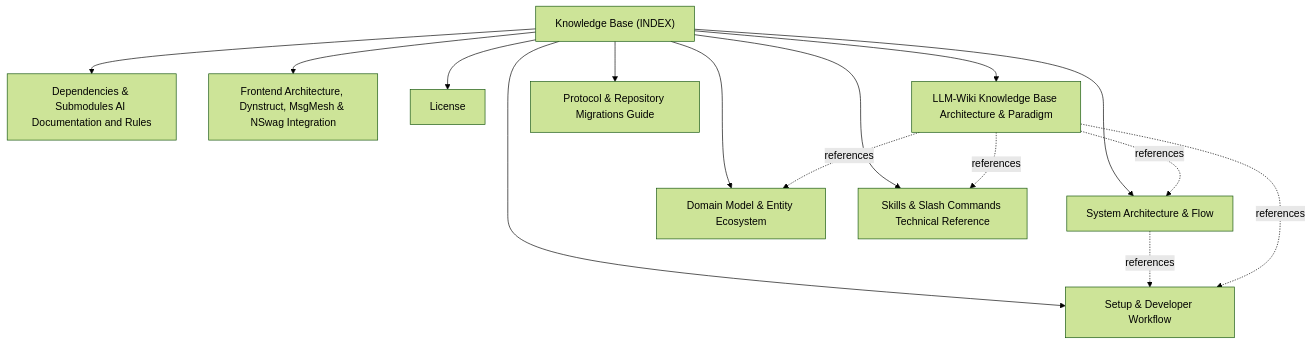
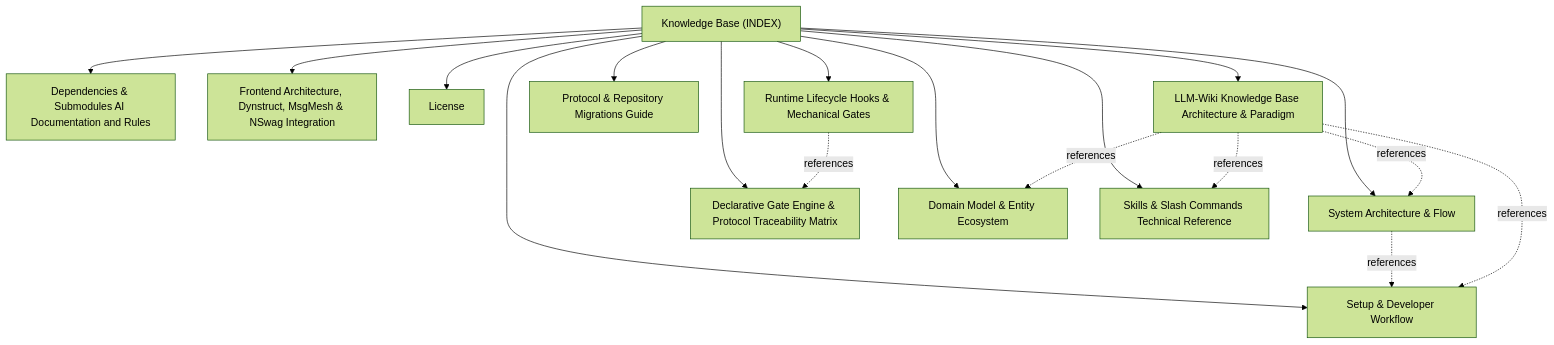
One commit to actdim/along changed the diagram in docs/INDEX.md. Above: the diagram before and after it, drawn with Mermaid (forest theme). The commit also changed other lines of this file and 133 other files, not shown here.

Commit message:
feat: implement declarative gate engine and protocol traceability matrix [feat--declarative-gates-and-protocol-traceability]

````diff
--- a/docs/INDEX.md
+++ b/docs/INDEX.md
@@ -17,27 +17,32 @@
 ```mermaid
 flowchart TD
     INDEX["Knowledge Base (INDEX)"]
     T_ARCHITECTURE["System Architecture & Flow"]
     INDEX --> T_ARCHITECTURE
+    T_DECLARATIVE_GATES_AND_TRACEABILITY["Declarative Gate Engine & Protocol Traceability Matrix"]
+    INDEX --> T_DECLARATIVE_GATES_AND_TRACEABILITY
     T_DEPENDENCIES["Dependencies & Submodules AI Documentation and Rules"]
     INDEX --> T_DEPENDENCIES
     T_DOMAIN_MODEL["Domain Model & Entity Ecosystem"]
     INDEX --> T_DOMAIN_MODEL
     T_FRONTEND_FRAMEWORKS["Frontend Architecture, Dynstruct, MsgMesh & NSwag Integration"]
     INDEX --> T_FRONTEND_FRAMEWORKS
     T_LICENSE["License"]
     INDEX --> T_LICENSE
     T_LLM_WIKI_ARCHITECTURE["LLM-Wiki Knowledge Base Architecture & Paradigm"]
     INDEX --> T_LLM_WIKI_ARCHITECTURE
     T_MIGRATIONS["Protocol & Repository Migrations Guide"]
     INDEX --> T_MIGRATIONS
+    T_RUNTIME_HOOKS_AND_GATES["Runtime Lifecycle Hooks & Mechanical Gates"]
+    INDEX --> T_RUNTIME_HOOKS_AND_GATES
     T_SETUP_AND_WORKFLOW["Setup & Developer Workflow"]
     INDEX --> T_SETUP_AND_WORKFLOW
     T_SKILLS_REFERENCE["Skills & Slash Commands Technical Reference"]
     INDEX --> T_SKILLS_REFERENCE
     T_ARCHITECTURE -.->|references| T_SETUP_AND_WORKFLOW
     T_LLM_WIKI_ARCHITECTURE -.->|references| T_ARCHITECTURE
     T_LLM_WIKI_ARCHITECTURE -.->|references| T_DOMAIN_MODEL
     T_LLM_WIKI_ARCHITECTURE -.->|references| T_SKILLS_REFERENCE
     T_LLM_WIKI_ARCHITECTURE -.->|references| T_SETUP_AND_WORKFLOW
+    T_RUNTIME_HOOKS_AND_GATES -.->|references| T_DECLARATIVE_GATES_AND_TRACEABILITY
 ```
````
